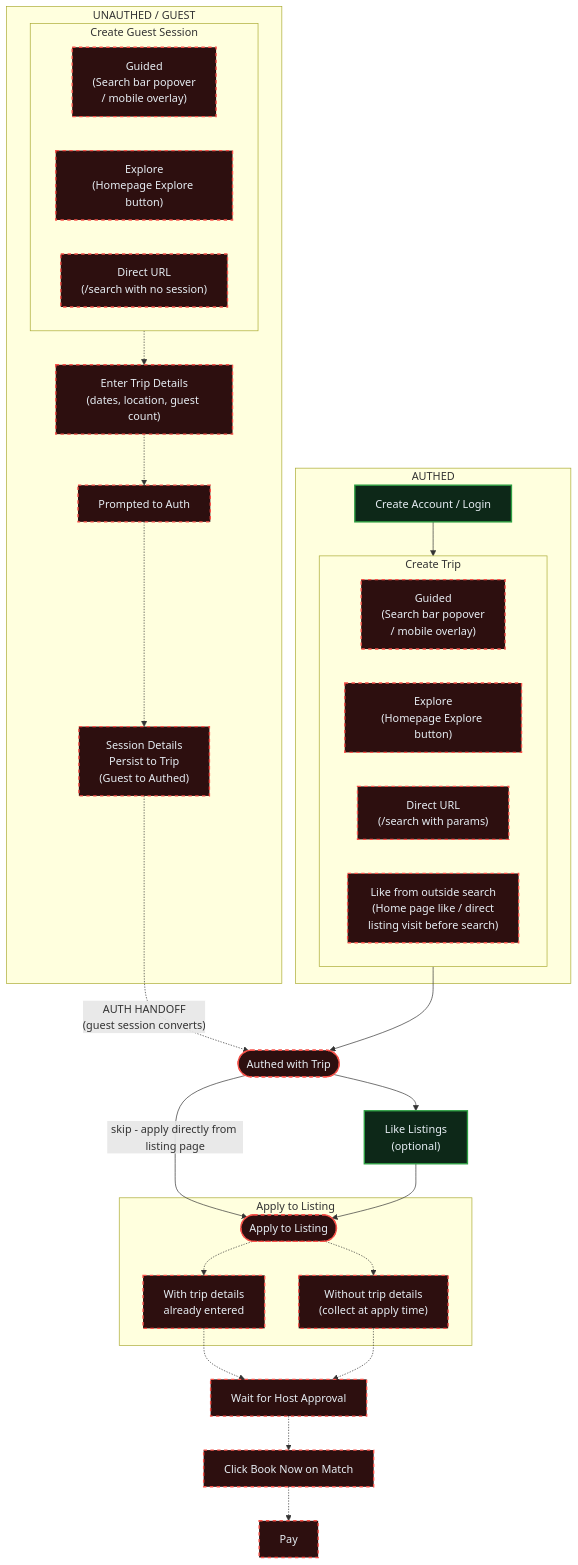
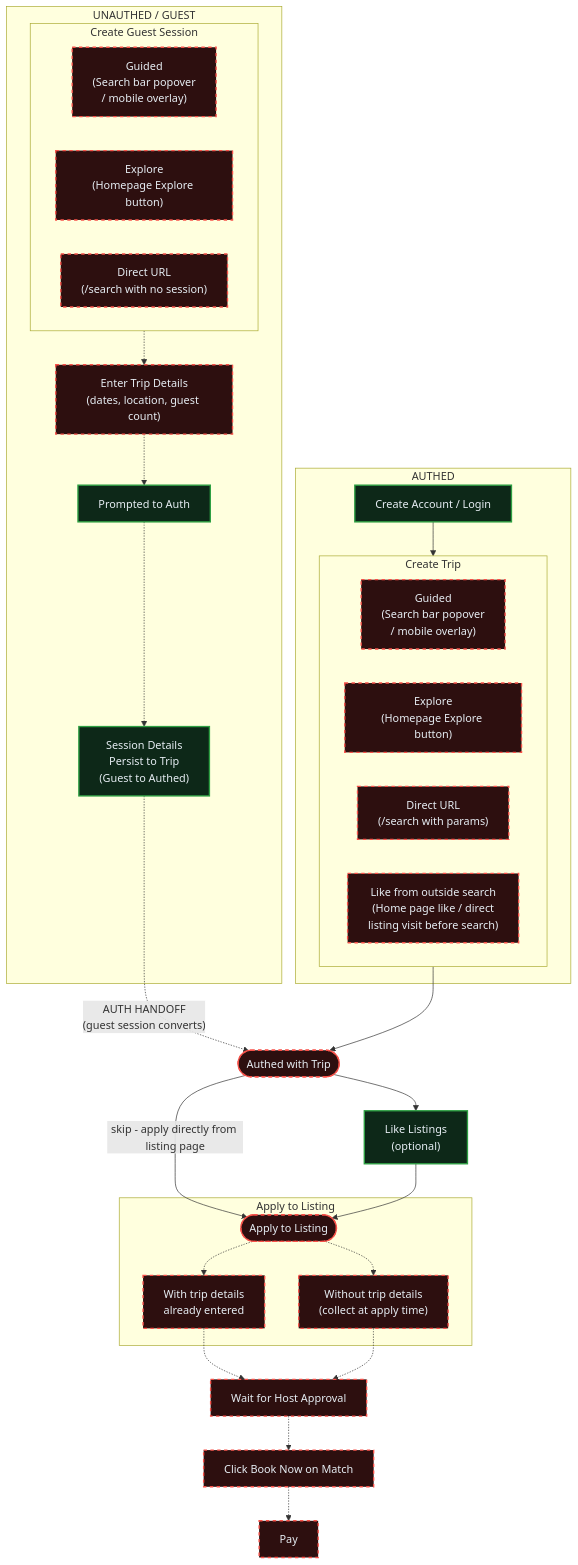
One commit to Matchbook-Rentals/matchbook-web-frontend changed the diagram in docs/user-flow/renter-flow.md. Above: the diagram before and after it, drawn with Mermaid. The commit also changed other lines of this file, not shown here.

Commit message:
docs: update renter flow diagram to reflect current test coverage

````diff
--- a/docs/user-flow/renter-flow.md
+++ b/docs/user-flow/renter-flow.md
@@ -5,56 +5,55 @@
 ```mermaid
 flowchart TD
     classDef tested fill:#0d2818,stroke:#2ea043,stroke-width:2px,color:#e6edf3
     classDef untested fill:#2d0f0f,stroke:#f85149,stroke-width:2px,color:#e6edf3,stroke-dasharray:5 5
 
     subgraph GUEST ["UNAUTHED / GUEST"]
         subgraph ENTRY ["Create Guest Session"]
             A1["Guided<br/>(Search bar popover<br/>/ mobile overlay)"]
             A2["Explore<br/>(Homepage Explore button)"]
             A3["Direct URL<br/>(/search with no session)"]
         end
 
         ENTRY -.-> C["Enter Trip Details<br/>(dates, location, guest count)"]
         C -.-> D["Prompted to Auth"]
         D -.-> E["Session Details<br/>Persist to Trip<br/>(Guest to Authed)"]
     end
 
     subgraph AUTHED ["AUTHED"]
         F["Create Account / Login"]
 
         subgraph TRIP ["Create Trip"]
             G1["Guided<br/>(Search bar popover<br/>/ mobile overlay)"]
             G2["Explore<br/>(Homepage Explore button)"]
             G3["Direct URL<br/>(/search with params)"]
             G4["Like from outside search<br/>(Home page like / direct<br/>listing visit before search)"]
         end
 
         F --> TRIP
     end
 
     E -.->|"AUTH HANDOFF<br/>(guest session converts)"| UNIFY
     TRIP --> UNIFY
 
     UNIFY(["Authed with Trip"])
 
     UNIFY --> H["Like Listings<br/>(optional)"]
     UNIFY -->|"skip - apply directly from listing page"| MERGE
 
     H --> MERGE
 
     subgraph APPLY ["Apply to Listing"]
         MERGE(["Apply to Listing"])
         MERGE -.-> AP1["With trip details<br/>already entered"]
         MERGE -.-> AP2["Without trip details<br/>(collect at apply time)"]
     end
 
     AP1 -.-> I["Wait for Host Approval"]
     AP2 -.-> I
     I -.-> J["Click Book Now on Match"]
     J -.-> K["Pay"]
 
-    class F tested
-    class H tested
+    class F,H,E,D tested
     class G1,G2,G3,G4 untested
-    class A1,A2,A3,C,D,E,UNIFY,MERGE,AP1,AP2,I,J,K untested
+    class A1,A2,A3,C,UNIFY,MERGE,AP1,AP2,I,J,K untested
 ```
````
